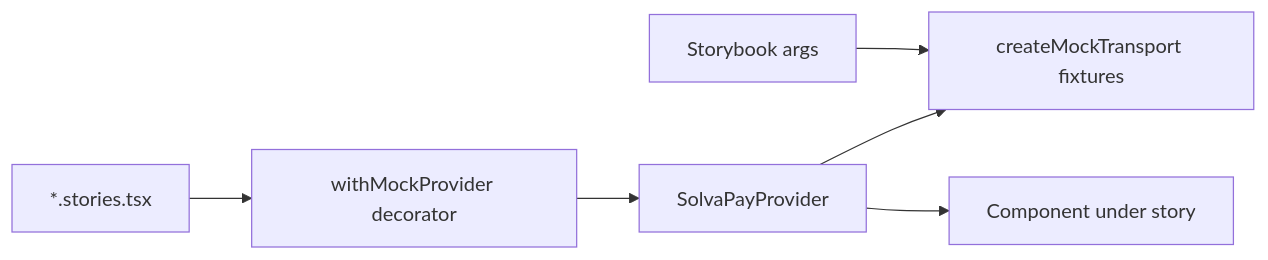
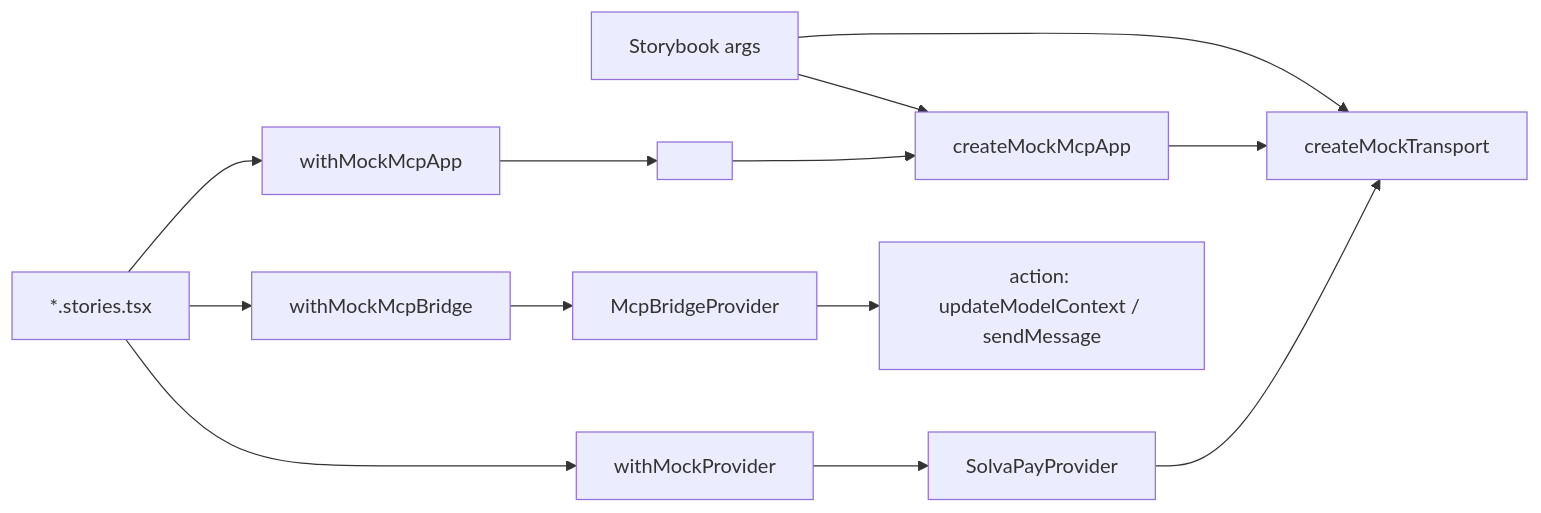
One commit to solvapay/solvapay-sdk changed the diagram in .cursor/plans/sdk_kitchen_sink_storybook_ce72d8d9.plan.md. Above: the diagram before and after it, drawn with Mermaid. The commit also changed other lines of this file and 9 other files, not shown here.

````diff
--- a/.cursor/plans/sdk_kitchen_sink_storybook_ce72d8d9.plan.md
+++ b/.cursor/plans/sdk_kitchen_sink_storybook_ce72d8d9.plan.md
@@ -35,8 +50,15 @@
 ```mermaid
 flowchart LR
-  Story["*.stories.tsx"] --> Decorator[withMockProvider decorator]
-  Decorator --> Provider[SolvaPayProvider]
-  Provider --> Mock[createMockTransport fixtures]
-  Provider --> Component["Component under story"]
+  Story["*.stories.tsx"] --> Dec1[withMockProvider]
+  Story --> Dec2[withMockMcpBridge]
+  Story --> Dec3[withMockMcpApp]
+  Dec1 --> Provider[SolvaPayProvider]
+  Dec2 --> Bridge[McpBridgeProvider]
+  Dec3 --> Shell["<McpApp app={mockApp}>"]
+  Provider --> Mock[createMockTransport]
+  Shell --> MockApp[createMockMcpApp]
+  MockApp --> Mock
+  Bridge --> Actions[action: updateModelContext / sendMessage]
   Controls[Storybook args] --> Mock
+  Controls --> MockApp
 ```
````
